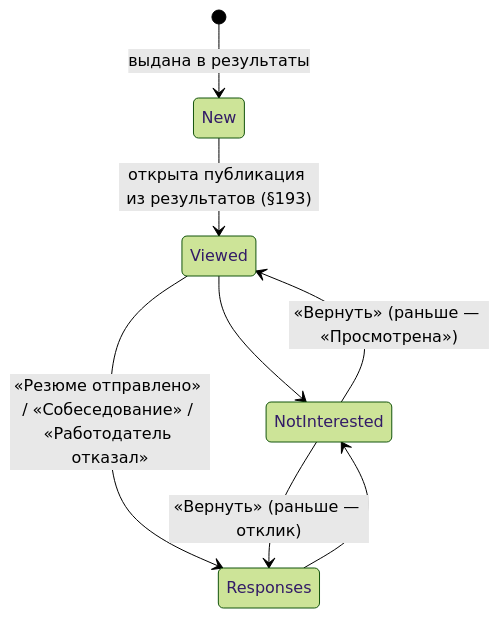
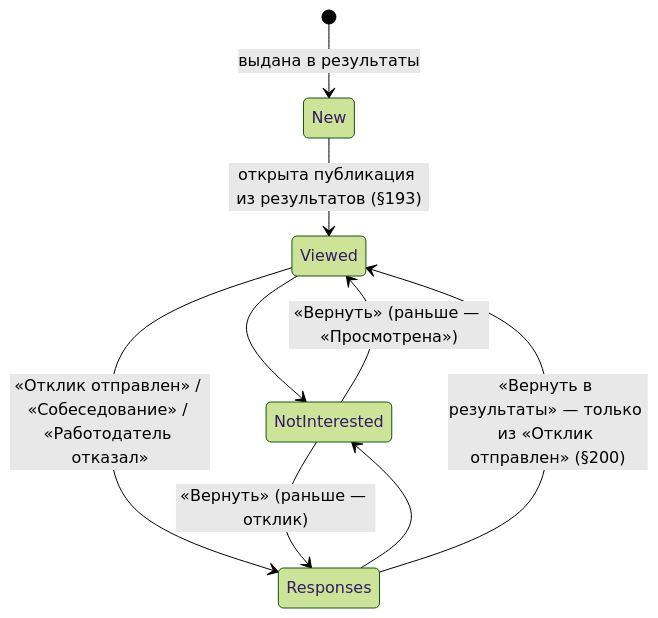
One commit to NikitaZhar/roleorienta changed the third of 4 diagrams in docs/technical-design.md. Above: the diagram before and after it, drawn with Mermaid (forest theme). The commit also changed other lines of this file and 19 other files, not shown here.

````diff
--- a/docs/technical-design.md
+++ b/docs/technical-design.md
@@ -873,10 +873,11 @@
 ```mermaid
 stateDiagram-v2
     [*] --> New: выдана в результаты
     New --> Viewed: открыта публикация из результатов (§193)
     Viewed --> NotInterested
-    Viewed --> Responses: «Резюме отправлено» / «Собеседование» / «Работодатель отказал»
+    Viewed --> Responses: «Отклик отправлен» / «Собеседование» / «Работодатель отказал»
     Responses --> NotInterested
     NotInterested --> Viewed: «Вернуть» (раньше — «Просмотрена»)
     NotInterested --> Responses: «Вернуть» (раньше — отклик)
+    Responses --> Viewed: «Вернуть в результаты» — только из «Отклик отправлен» (§200)
 ```
````
